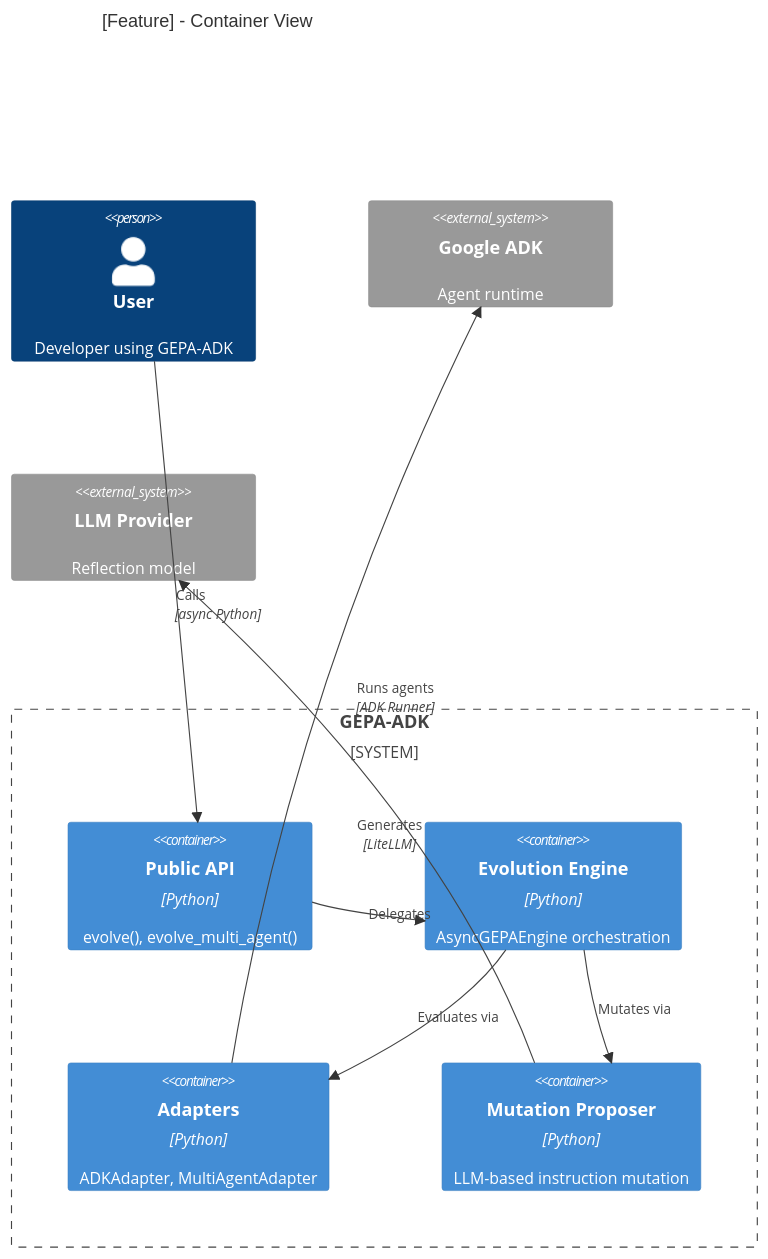
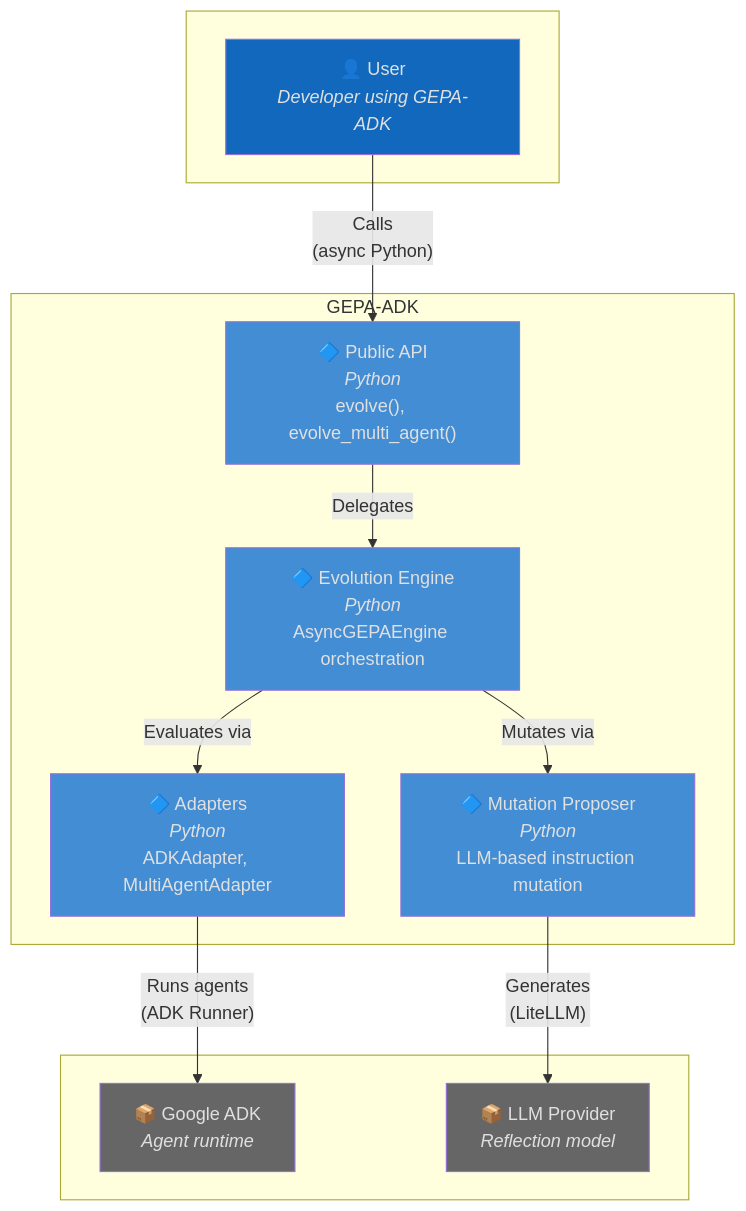
Before and after one commit to Alberto-Codes/gepa-adk: the second of 10 diagrams in .specify/templates/architecture-template.md, drawn with Mermaid. The commit also changed other lines of this file and 26 other files, not shown here.

````diff
--- a/.specify/templates/architecture-template.md
+++ b/.specify/templates/architecture-template.md
@@ -68,23 +97,33 @@
 ```mermaid
-C4Container
-title [Feature] - Container View
+flowchart TB
+    subgraph Actors[" "]
+        user["👤 User<br/><i>Developer using GEPA-ADK</i>"]
+    end
 
-Person(user, "User", "Developer using GEPA-ADK")
+    subgraph GEPA["GEPA-ADK"]
+        api["🔷 Public API<br/><i>Python</i><br/>evolve(), evolve_multi_agent()"]
+        engine["🔷 Evolution Engine<br/><i>Python</i><br/>AsyncGEPAEngine orchestration"]
+        adapters["🔷 Adapters<br/><i>Python</i><br/>ADKAdapter, MultiAgentAdapter"]
+        proposer["🔷 Mutation Proposer<br/><i>Python</i><br/>LLM-based instruction mutation"]
+    end
 
-System_Boundary(gepa, "GEPA-ADK") {
-  Container(api, "Public API", "Python", "evolve(), evolve_multi_agent()")
-  Container(engine, "Evolution Engine", "Python", "AsyncGEPAEngine orchestration")
-  Container(adapters, "Adapters", "Python", "ADKAdapter, MultiAgentAdapter")
-  Container(proposer, "Mutation Proposer", "Python", "LLM-based instruction mutation")
-}
+    subgraph External[" "]
+        adk["📦 Google ADK<br/><i>Agent runtime</i>"]
+        llm["📦 LLM Provider<br/><i>Reflection model</i>"]
+    end
 
-System_Ext(adk, "Google ADK", "Agent runtime")
-System_Ext(llm, "LLM Provider", "Reflection model")
+    user -->|"Calls<br/>(async Python)"| api
+    api -->|"Delegates"| engine
+    engine -->|"Evaluates via"| adapters
+    adapters -->|"Runs agents<br/>(ADK Runner)"| adk
+    engine -->|"Mutates via"| proposer
+    proposer -->|"Generates<br/>(LiteLLM)"| llm
 
-Rel(user, api, "Calls", "async Python")
-Rel(api, engine, "Delegates")
-Rel(engine, adapters, "Evaluates via")
-Rel(adapters, adk, "Runs agents", "ADK Runner")
-Rel(engine, proposer, "Mutates via")
-Rel(proposer, llm, "Generates", "LiteLLM")
+    style api fill:#438DD5,color:#E0E0E0
+    style engine fill:#438DD5,color:#E0E0E0
+    style adapters fill:#438DD5,color:#E0E0E0
+    style proposer fill:#438DD5,color:#E0E0E0
+    style adk fill:#666666,color:#E0E0E0
+    style llm fill:#666666,color:#E0E0E0
+    style user fill:#1168BD,color:#E0E0E0
 ```
````
